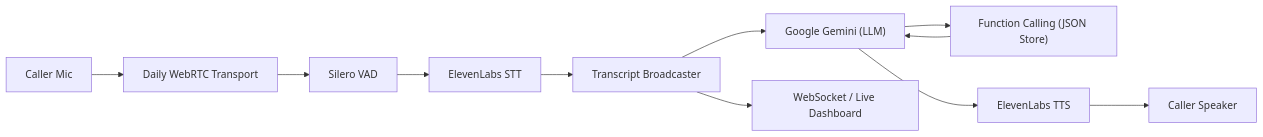
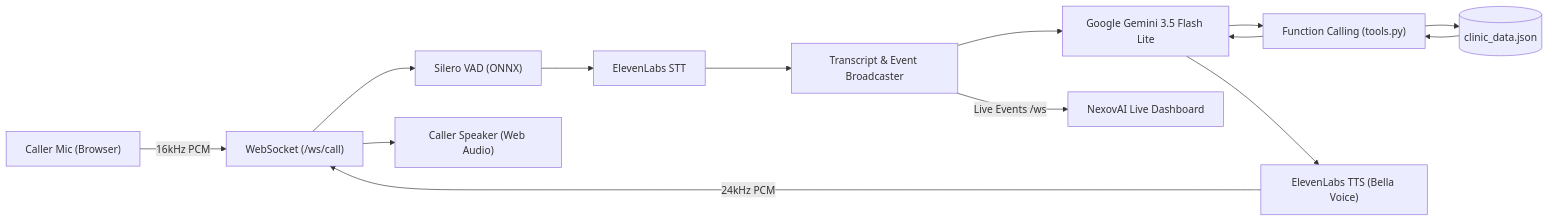
One commit to VenuTeja22/clinic-voice-agent changed the diagram in README.md. Above: the diagram before and after it, drawn with Mermaid. The commit also changed other lines of this file, not shown here.

Commit message:
docs: update README with detailed pipeline architecture and setup guide

````diff
--- a/README.md
+++ b/README.md
@@ -9,13 +11,16 @@
 ```mermaid
 flowchart LR
-    Caller["Caller Mic"] --> Daily["Daily WebRTC Transport"]
-    Daily --> VAD["Silero VAD"]
+    CallerMic["Caller Mic (Browser)"] -->|16kHz PCM| WSCall["WebSocket (/ws/call)"]
+    WSCall --> VAD["Silero VAD (ONNX)"]
     VAD --> STT["ElevenLabs STT"]
-    STT --> Broadcaster["Transcript Broadcaster"]
-    Broadcaster --> LLM["Google Gemini (LLM)"]
-    LLM --> Tools["Function Calling (JSON Store)"]
+    STT --> Broadcaster["Transcript & Event Broadcaster"]
+    Broadcaster --> LLM["Google Gemini 3.5 Flash Lite"]
+    LLM --> Tools["Function Calling (tools.py)"]
+    Tools --> JSONStore[("clinic_data.json")]
+    JSONStore --> Tools
     Tools --> LLM
-    LLM --> TTS["ElevenLabs TTS"]
-    TTS --> Speaker["Caller Speaker"]
-    Broadcaster --> WS["WebSocket / Live Dashboard"]
+    LLM --> TTS["ElevenLabs TTS (Bella Voice)"]
+    TTS -->|24kHz PCM| WSCall
+    WSCall --> CallerSpk["Caller Speaker (Web Audio)"]
+    Broadcaster -->|Live Events /ws| Dashboard["NexovAI Live Dashboard"]
 ```
````
